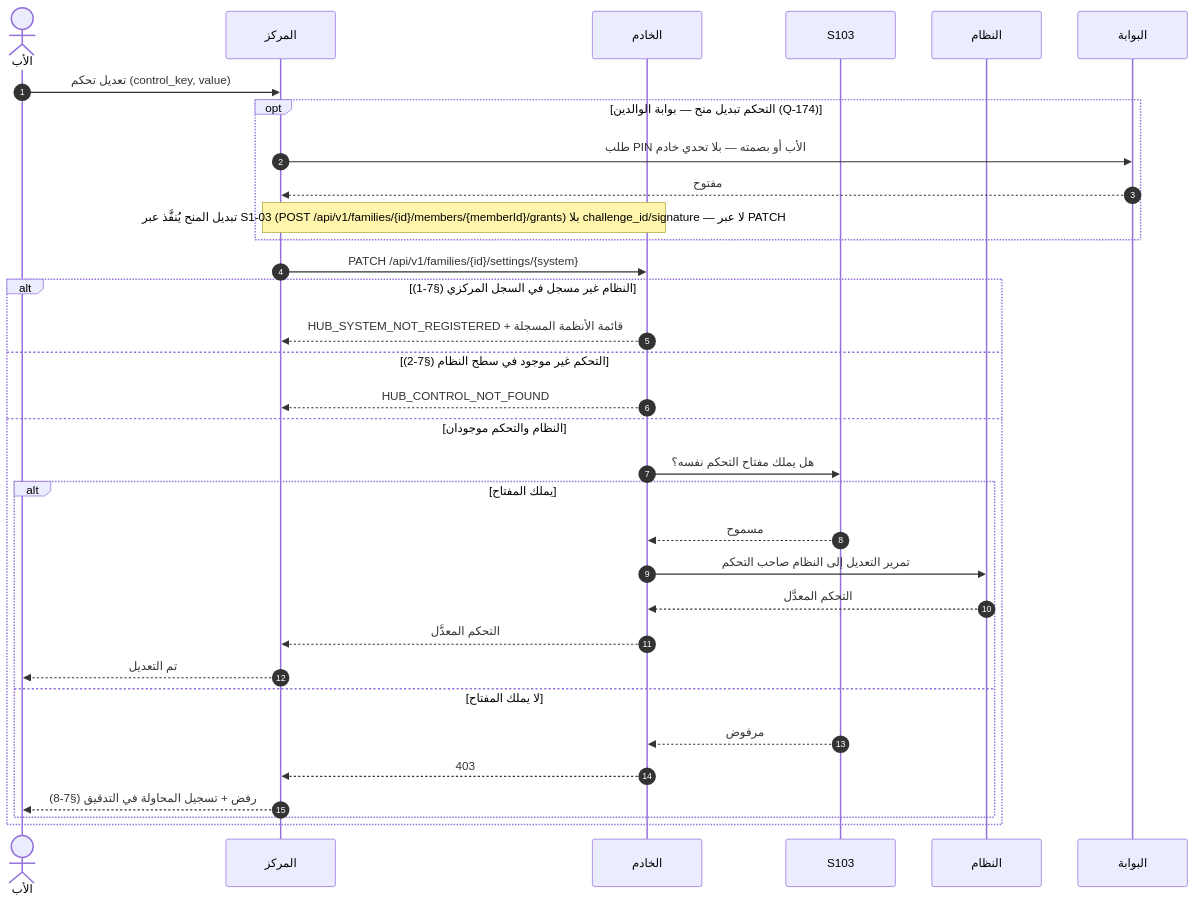
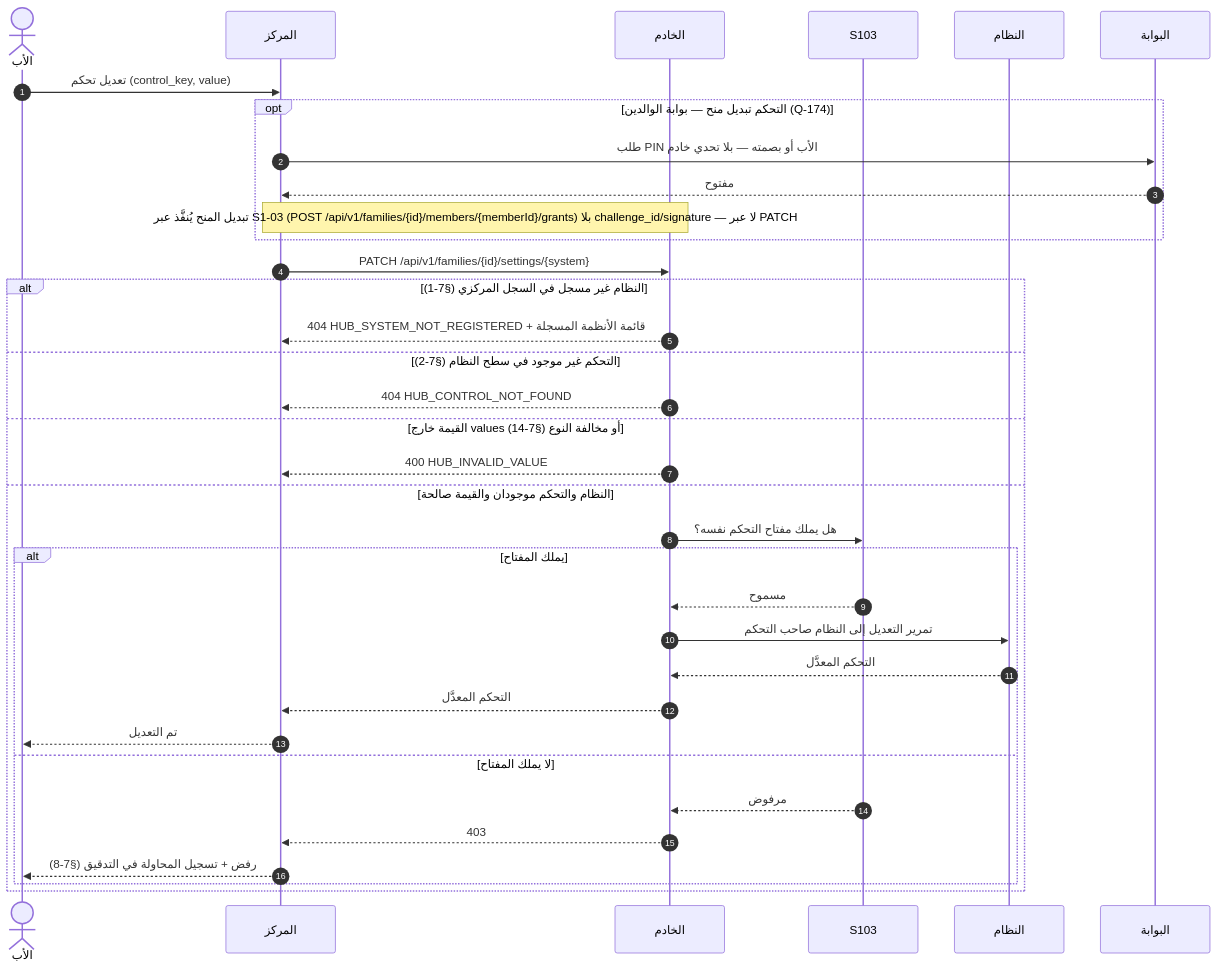
The fourth of 12 diagrams in docs/family-os/governance/phases/phase-1/S1-09-command-center-and-settings/DIAGRAMS.md (Bassam-mohammed-alqaeadi/family-os-v2), drawn with Mermaid before and after one commit. The commit also changed other lines of this file and 3 other files, not shown here.

````diff
--- a/docs/family-os/governance/phases/phase-1/S1-09-command-center-and-settings/DIAGRAMS.md
+++ b/docs/family-os/governance/phases/phase-1/S1-09-command-center-and-settings/DIAGRAMS.md
@@ -196,35 +199,37 @@
 ```mermaid
 sequenceDiagram
     autonumber
     actor Father as الأب
     participant Hub as المركز
     participant Ktor as الخادم
     participant S103 as S103
     participant Owner as النظام
     participant ParentGate as البوابة
     Father->>Hub: تعديل تحكم (control_key, value)
     opt التحكم تبديل منح — بوابة الوالدين (Q-174)
         Hub->>ParentGate: طلب PIN الأب أو بصمته — بلا تحدي خادم
         ParentGate-->>Hub: مفتوح
         Note over Hub,Ktor: تبديل المنح يُنفَّذ عبر S1-03 (POST /api/v1/families/{id}/members/{memberId}/grants) بلا challenge_id/signature — لا عبر PATCH
     end
     Hub->>Ktor: PATCH /api/v1/families/{id}/settings/{system}
     alt النظام غير مسجل في السجل المركزي (§7-1)
-        Ktor-->>Hub: HUB_SYSTEM_NOT_REGISTERED + قائمة الأنظمة المسجلة
+        Ktor-->>Hub: 404 HUB_SYSTEM_NOT_REGISTERED + قائمة الأنظمة المسجلة
     else التحكم غير موجود في سطح النظام (§7-2)
-        Ktor-->>Hub: HUB_CONTROL_NOT_FOUND
-    else النظام والتحكم موجودان
+        Ktor-->>Hub: 404 HUB_CONTROL_NOT_FOUND
+    else القيمة خارج values أو مخالفة النوع (§7-14)
+        Ktor-->>Hub: 400 HUB_INVALID_VALUE
+    else النظام والتحكم موجودان والقيمة صالحة
         Ktor->>S103: هل يملك مفتاح التحكم نفسه؟
         alt يملك المفتاح
             S103-->>Ktor: مسموح
             Ktor->>Owner: تمرير التعديل إلى النظام صاحب التحكم
             Owner-->>Ktor: التحكم المعدَّل
             Ktor-->>Hub: التحكم المعدَّل
             Hub-->>Father: تم التعديل
         else لا يملك المفتاح
             S103-->>Ktor: مرفوض
             Ktor-->>Hub: 403
             Hub-->>Father: رفض + تسجيل المحاولة في التدقيق (§7-8)
         end
     end
 ```
````
